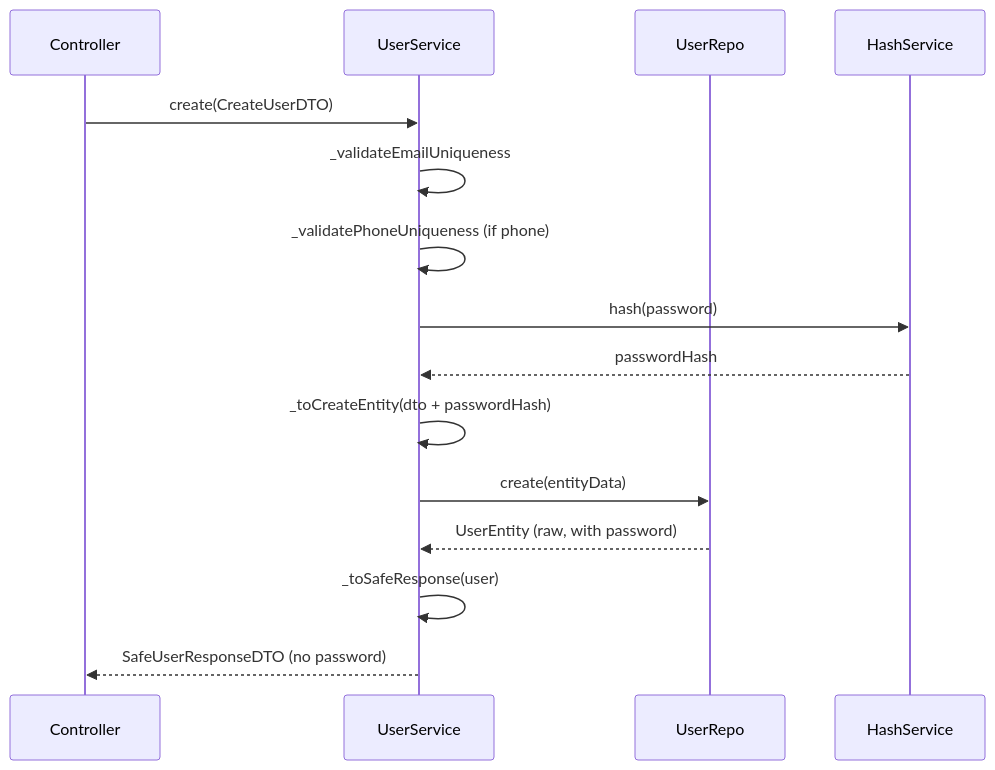
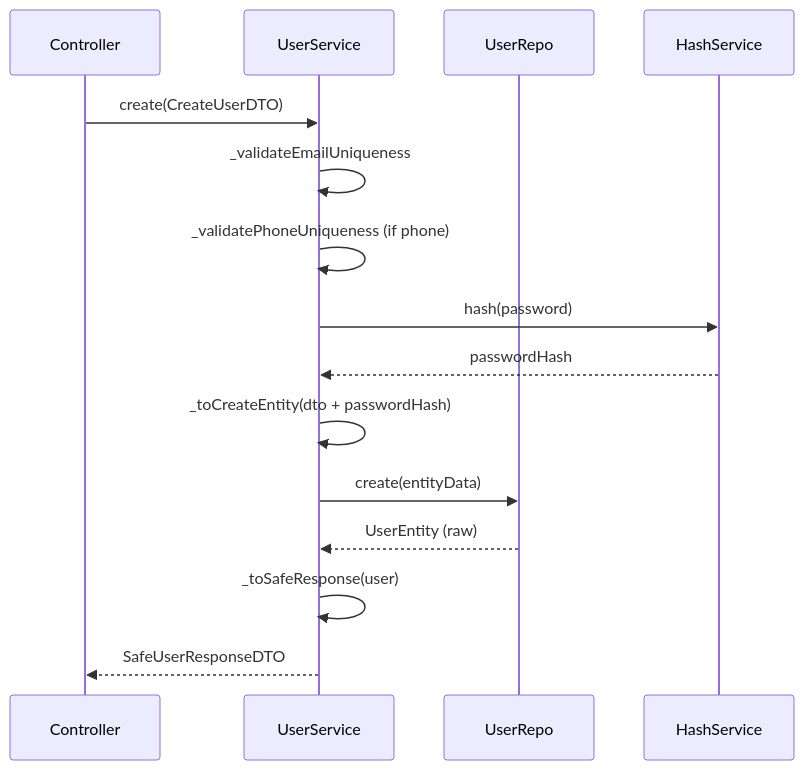
The second of 5 diagrams in server/src/modules/users/README.md (SangHynh/atomecom), drawn with Mermaid before and after one commit. The commit also changed other lines of this file and 1 other file, not shown here.

````diff
--- a/server/src/modules/users/README.md
+++ b/server/src/modules/users/README.md
@@ -66,18 +67,18 @@
 ```mermaid
 sequenceDiagram
     participant C as Controller
     participant S as UserService
     participant R as UserRepo
     participant H as HashService
 
     C->>S: create(CreateUserDTO)
     S->>S: _validateEmailUniqueness
     S->>S: _validatePhoneUniqueness (if phone)
     S->>H: hash(password)
     H-->>S: passwordHash
     S->>S: _toCreateEntity(dto + passwordHash)
     S->>R: create(entityData)
-    R-->>S: UserEntity (raw, with password)
+    R-->>S: UserEntity (raw)
     S->>S: _toSafeResponse(user)
-    S-->>C: SafeUserResponseDTO (no password)
+    S-->>C: SafeUserResponseDTO
 ```
````
